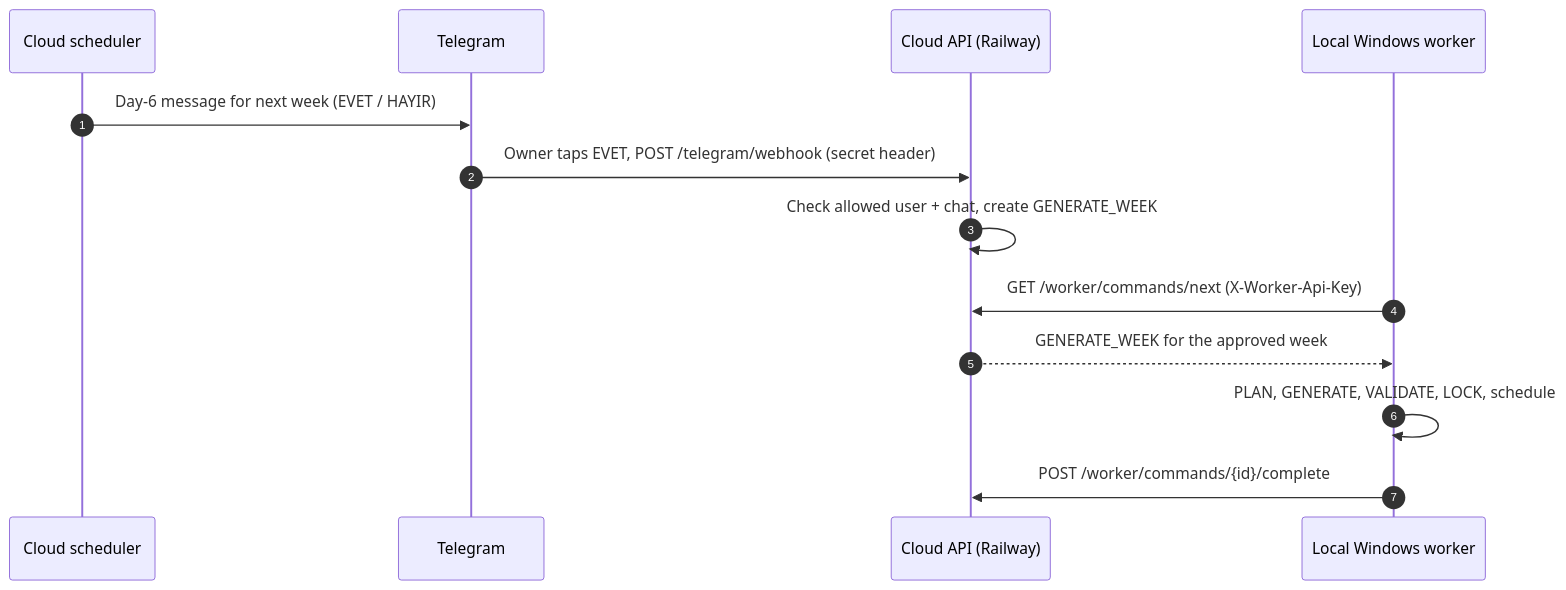
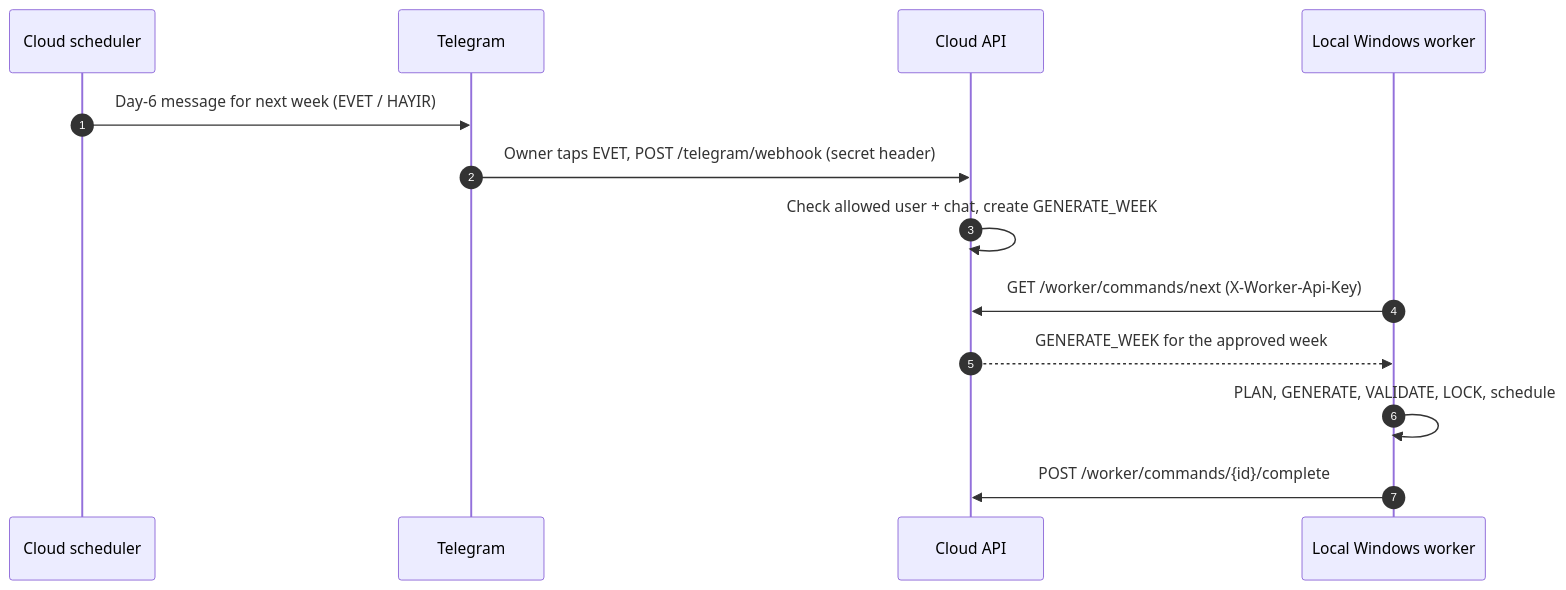
One commit to CoskunerBerke/otomasyon_3 changed the second of 2 diagrams in README.md. Above: the diagram before and after it, drawn with Mermaid. The commit also changed other lines of this file, not shown here.

````diff
--- a/README.md
+++ b/README.md
@@ -65,15 +72,15 @@
 ```mermaid
 sequenceDiagram
     autonumber
     participant SCH as Cloud scheduler
     participant TG as Telegram
-    participant API as Cloud API (Railway)
+    participant API as Cloud API
     participant W as Local Windows worker
     SCH->>TG: Day-6 message for next week (EVET / HAYIR)
     TG->>API: Owner taps EVET, POST /telegram/webhook (secret header)
     API->>API: Check allowed user + chat, create GENERATE_WEEK
     W->>API: GET /worker/commands/next (X-Worker-Api-Key)
     API-->>W: GENERATE_WEEK for the approved week
     W->>W: PLAN, GENERATE, VALIDATE, LOCK, schedule
     W->>API: POST /worker/commands/{id}/complete
 ```
````
